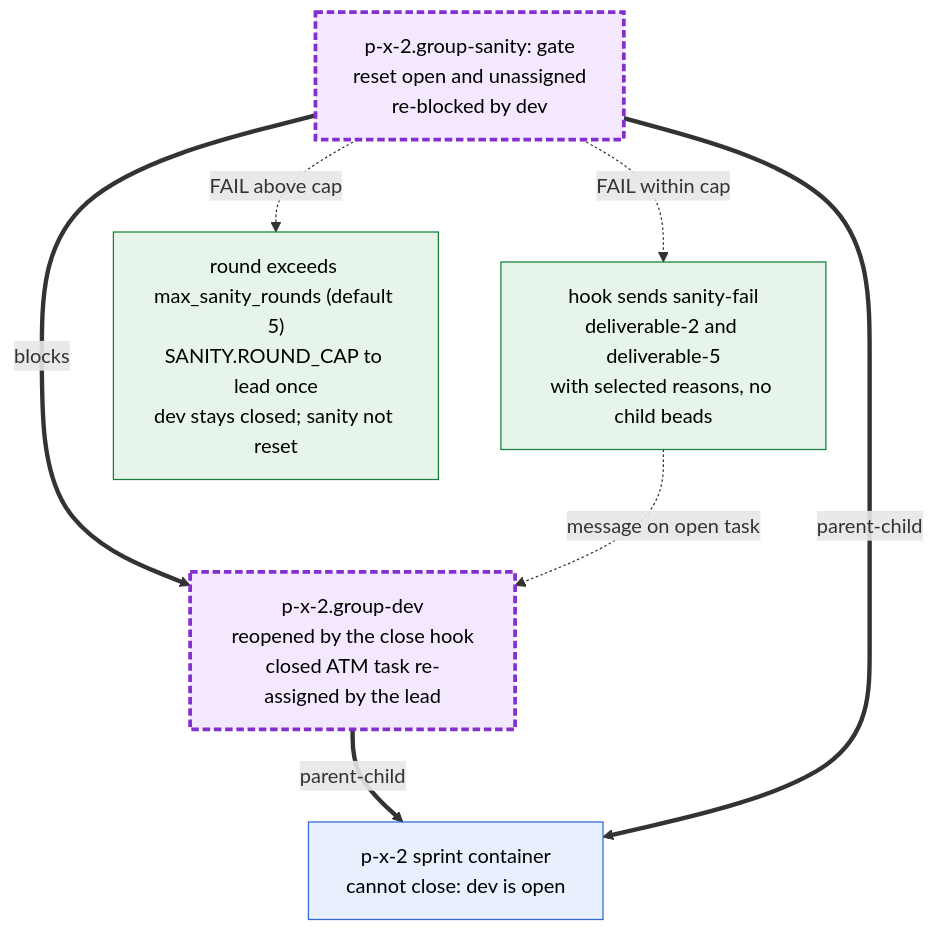
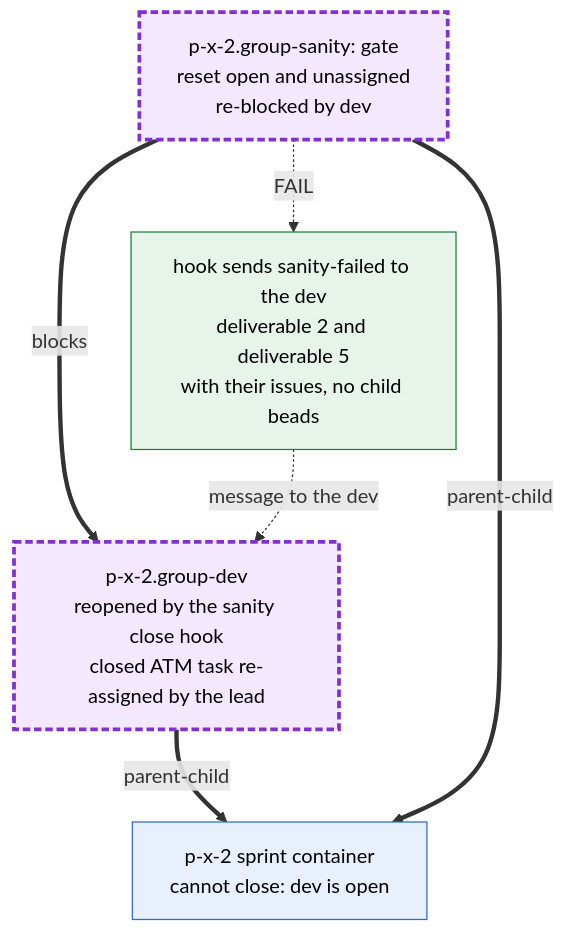
Before and after one commit to rahul05ranjan/atm-bd-orchestration: the fourth of 4 diagrams in docs/diagrams/sprint.md, drawn with Mermaid. The commit also changed other lines of this file and 7 other files, not shown here.

First line of the commit message:
docs(diagrams): close hooks, bd-cache and close fields for 0.19.0

````diff
--- a/docs/diagrams/sprint.md
+++ b/docs/diagrams/sprint.md
@@ -131,19 +132,17 @@
 ```mermaid
 flowchart TB
   classDef tmpl fill:#e8f0fe,stroke:#3367d6,color:#000
   classDef poured fill:#f3e8fd,stroke:#8430ce,stroke-width:3px,stroke-dasharray:6 3,color:#000
   classDef script fill:#e6f4ea,stroke:#188038,color:#000
 
   SPR["p-x-2 sprint container<br/>cannot close: dev is open"]:::tmpl
-  DEV["p-x-2.group-dev<br/>reopened by the close hook<br/>closed ATM task re-assigned by the lead"]:::poured
+  DEV["p-x-2.group-dev<br/>reopened by the sanity close hook<br/>closed ATM task re-assigned by the lead"]:::poured
   SAN["p-x-2.group-sanity: gate<br/>reset open and unassigned<br/>re-blocked by dev"]:::poured
-  FAIL["hook sends sanity-fail<br/>deliverable-2 and deliverable-5<br/>with selected reasons, no child beads"]:::script
-  CAP["round exceeds max_sanity_rounds (default 5)<br/>SANITY.ROUND_CAP to lead once<br/>dev stays closed; sanity not reset"]:::script
+  FAIL["hook sends sanity-failed to the dev<br/>deliverable 2 and deliverable 5<br/>with their issues, no child beads"]:::script
 
   DEV ==>|parent-child| SPR
   SAN ==>|parent-child| SPR
   SAN ==>|blocks| DEV
-  SAN -.->|FAIL within cap| FAIL
-  FAIL -.->|message on open task| DEV
-  SAN -.->|FAIL above cap| CAP
+  SAN -.->|FAIL| FAIL
+  FAIL -.->|message to the dev| DEV
 ```
````
